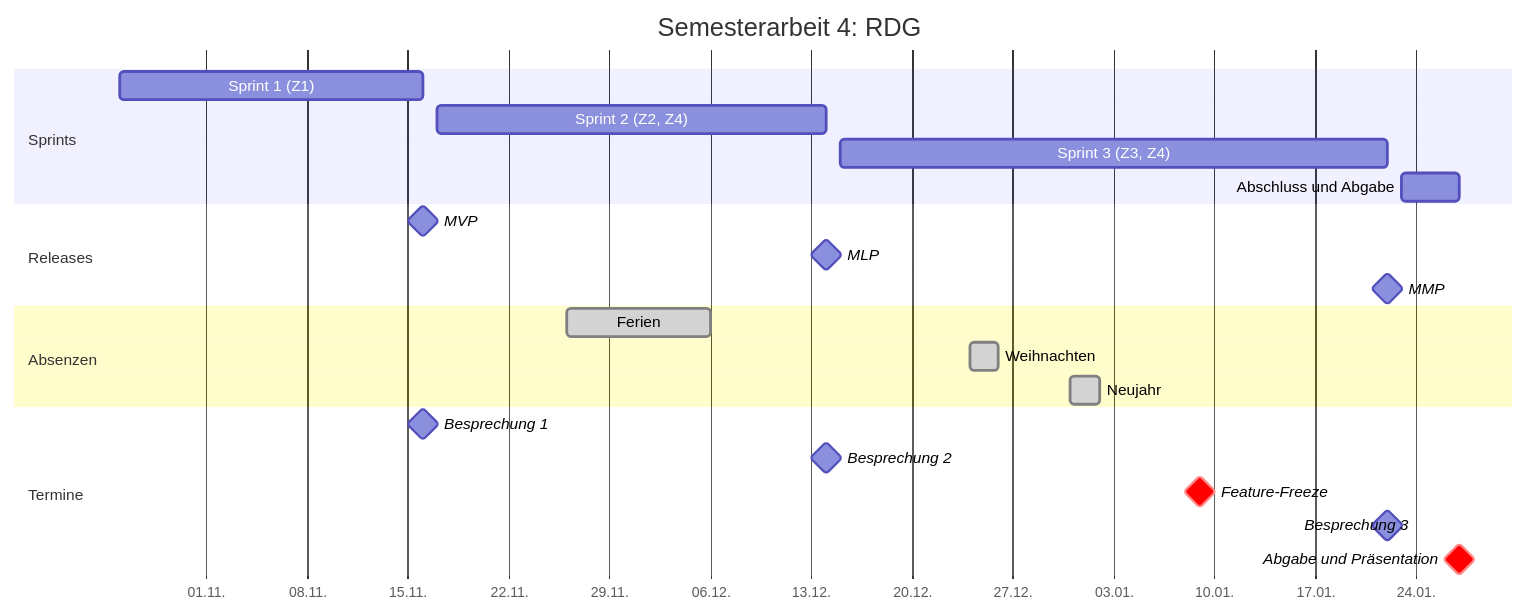
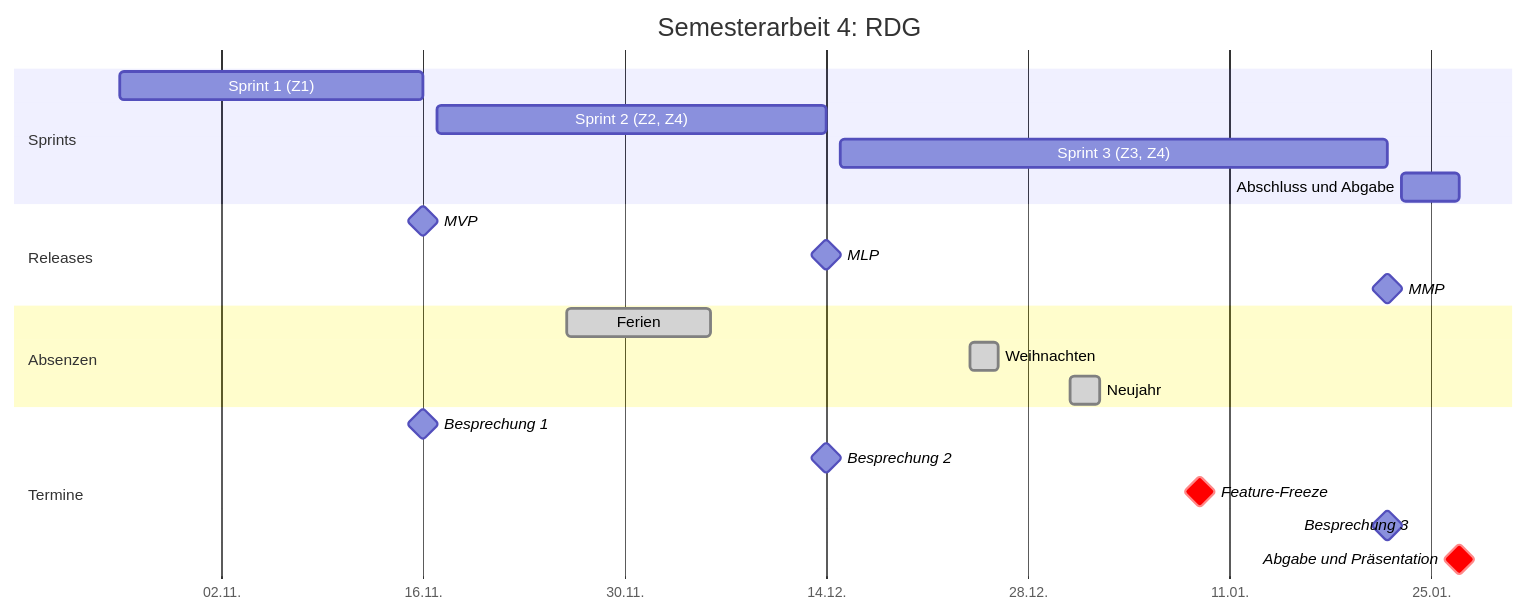
The diagram in docs/projekt/roadmap.md (RuminahuiM/rdg-semesterarbeit), drawn with Mermaid before and after one commit. The commit also changed 1 other file, not shown here.

Commit message:
docs: style Gantt chart to match portfolio palette
Mermaid themeCSS in the chart front matter, colors from the central
palette variables (light and dark). Ticks every two weeks so the axis
labels no longer overlap on mobile. Chart content unchanged.

Claude-Session: https://claude.ai/code/session_01BCKh7LU7b8i5P7bd4WKFJJ

````diff
--- a/docs/projekt/roadmap.md
+++ b/docs/projekt/roadmap.md
@@ -13,25 +13,50 @@
 ```mermaid
+---
+config:
+  themeCSS: |
+    .mermaid-main-font, text { font-family: var(--md-text-font-family, sans-serif); }
+    .titleText { fill: var(--md-default-fg-color); font-size: 17px; font-weight: 700; }
+    .sectionTitle { fill: var(--md-default-fg-color--light); font-weight: 700; }
+    .section, .section1, .section3 { opacity: 1; }
+    .section0, .section2 { fill: var(--md-default-fg-color--lightest); }
+    .section1, .section3 { fill: transparent; }
+    .grid .tick { opacity: 1; }
+    .grid .tick line { stroke: var(--md-default-fg-color--lighter); stroke-opacity: .5; }
+    .grid .tick text { fill: var(--md-default-fg-color--light); stroke: none; font-size: 12px; }
+    .today { stroke: var(--gantt-today, #6a2c91); stroke-width: 2px; stroke-dasharray: 6 4; }
+    .task0, .task1, .task2, .task3 { fill: var(--gantt-task, #e3a400); stroke: var(--gantt-task, #e3a400); }
+    .taskText0, .taskText1, .taskText2, .taskText3 { fill: #1a1a1a; font-weight: 600; }
+    .taskTextOutsideLeft, .taskTextOutsideRight, .taskTextOutside0, .taskTextOutside1, .taskTextOutside2, .taskTextOutside3 { fill: var(--md-default-fg-color); }
+    .milestone { fill: var(--gantt-milestone, #6a2c91); stroke: var(--gantt-milestone, #6a2c91); }
+    .milestoneText { font-style: normal; }
+    .done0, .done1, .done2, .done3 { fill: var(--md-default-fg-color--lightest); stroke: var(--md-default-fg-color--light); stroke-width: 1; }
+    .doneText0, .doneText1, .doneText2, .doneText3, .doneText0.taskTextOutsideRight, .doneText1.taskTextOutsideRight, .doneText2.taskTextOutsideRight, .doneText3.taskTextOutsideRight { fill: var(--md-default-fg-color) !important; }
+    .crit0, .crit1, .crit2, .crit3 { fill: var(--gantt-crit, #c8382f); stroke: var(--gantt-crit, #c8382f); }
+    .critText0, .critText1, .critText2, .critText3 { fill: var(--md-default-fg-color) !important; font-weight: 600; }
+---
 gantt
     title Semesterarbeit 4: RDG
     dateFormat  YYYY-MM-DD
     axisFormat  %d.%m.
+    tickInterval 2week
+    weekday monday
     section Sprints
     Sprint 1 (Z1)                  :s1, 2026-10-26, 2026-11-16
     Sprint 2 (Z2, Z4)              :s2, 2026-11-17, 2026-12-14
     Sprint 3 (Z3, Z4)              :s3, 2026-12-15, 2027-01-22
     Abschluss und Abgabe           :s4, 2027-01-23, 2027-01-27
     section Releases
     MVP                            :milestone, m1, 2026-11-16, 0d
     MLP                            :milestone, m2, 2026-12-14, 0d
     MMP                            :milestone, m3, 2027-01-22, 0d
     section Absenzen
     Ferien                         :done, f1, 2026-11-26, 2026-12-06
     Weihnachten                    :done, f2, 2026-12-24, 2026-12-26
     Neujahr                        :done, f3, 2026-12-31, 2027-01-02
     section Termine
     Besprechung 1                  :milestone, b1, 2026-11-16, 0d
     Besprechung 2                  :milestone, b2, 2026-12-14, 0d
     Feature-Freeze                 :crit, milestone, ff, 2027-01-09, 0d
     Besprechung 3                  :milestone, b3, 2027-01-22, 0d
     Abgabe und Präsentation        :crit, milestone, ab, 2027-01-27, 0d
 ```
````
